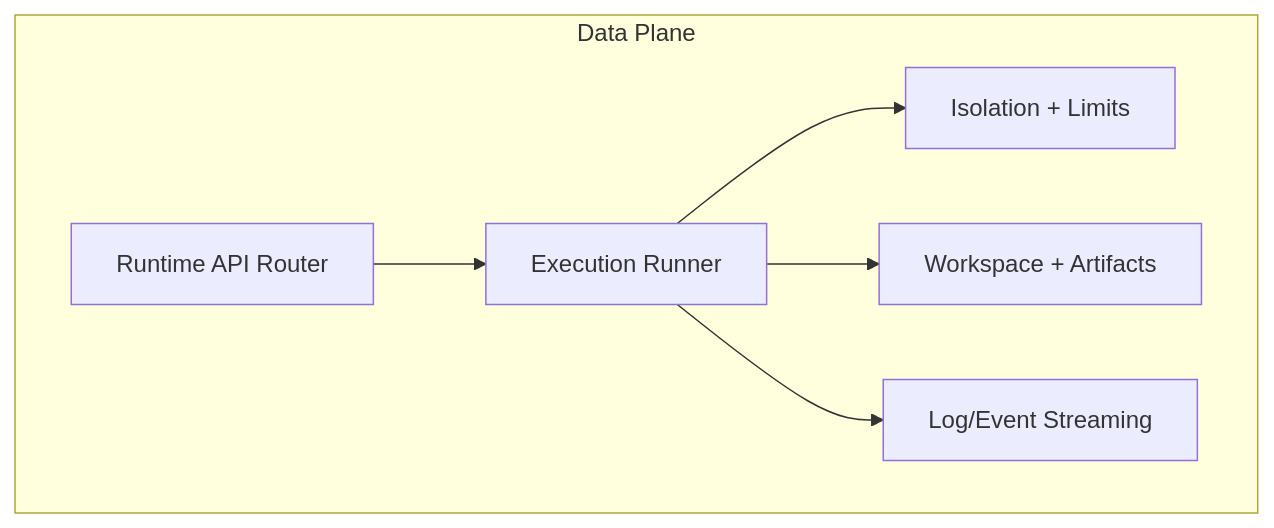
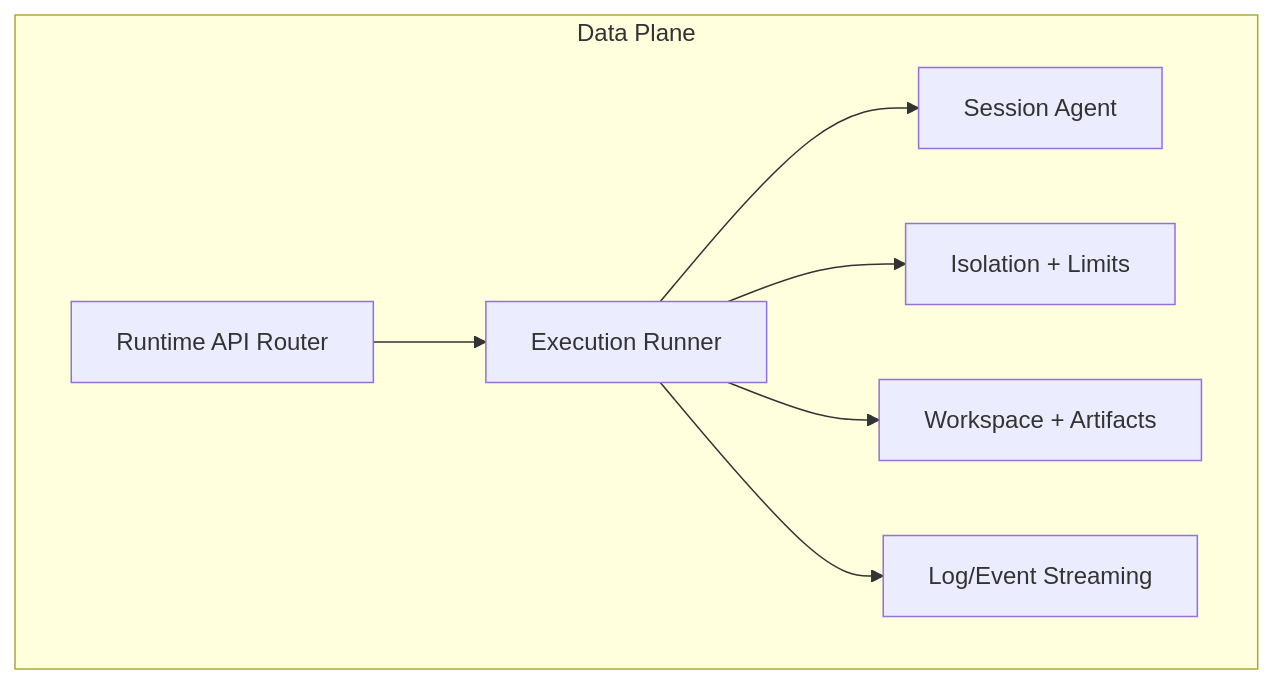
The third of 3 diagrams in README.md (suman724/sandbox-code-executor), drawn with Mermaid before and after one commit. The commit also changed other lines of this file and 53 other files, not shown here.

Commit message:
Add session agent runtime routing

````diff
--- a/README.md
+++ b/README.md
@@ -81,15 +86,16 @@
 ```mermaid
 flowchart TB
   subgraph DP[Data Plane]
     ROUTER[Runtime API Router]
     ISOLATION[Isolation + Limits]
     WORKSPACE[Workspace + Artifacts]
     RUNNER[Execution Runner]
+    AGENT[Session Agent]
     STREAM[Log/Event Streaming]
   end
 
-  ROUTER --> RUNNER
+  ROUTER --> RUNNER --> AGENT
   RUNNER --> ISOLATION
   RUNNER --> WORKSPACE
   RUNNER --> STREAM
 ```
````
